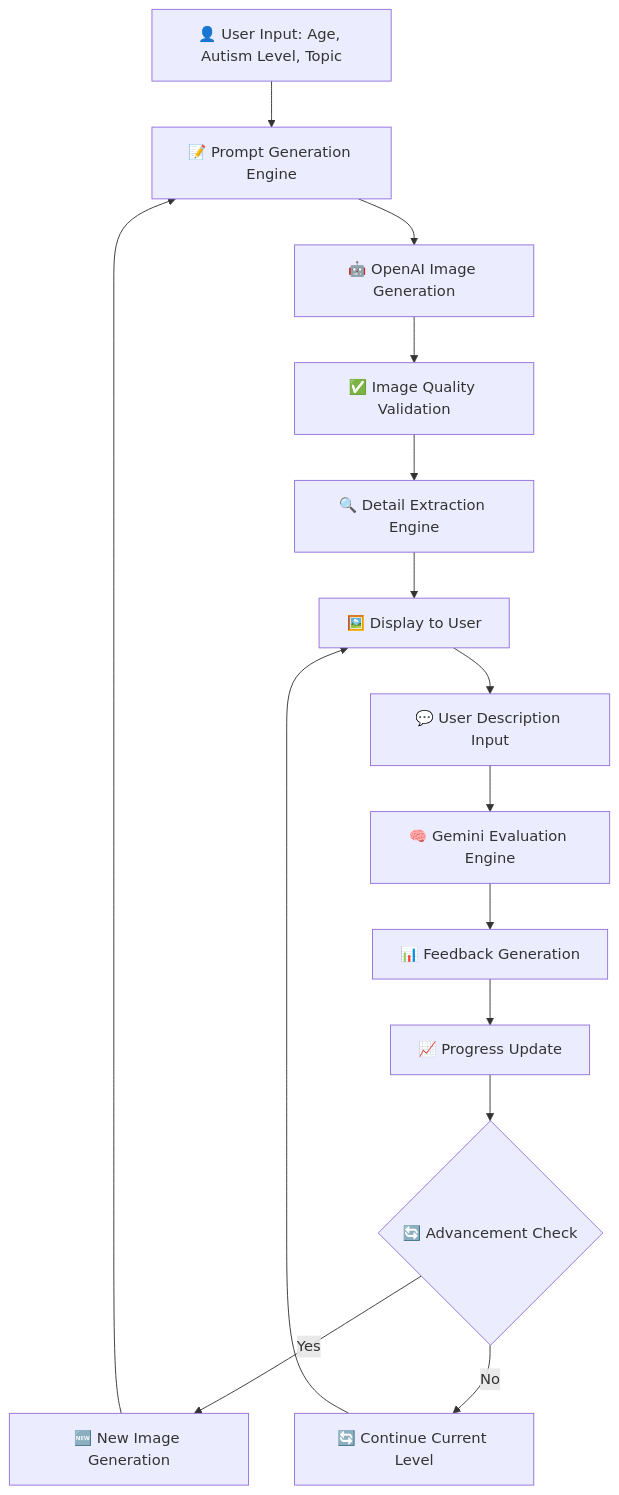
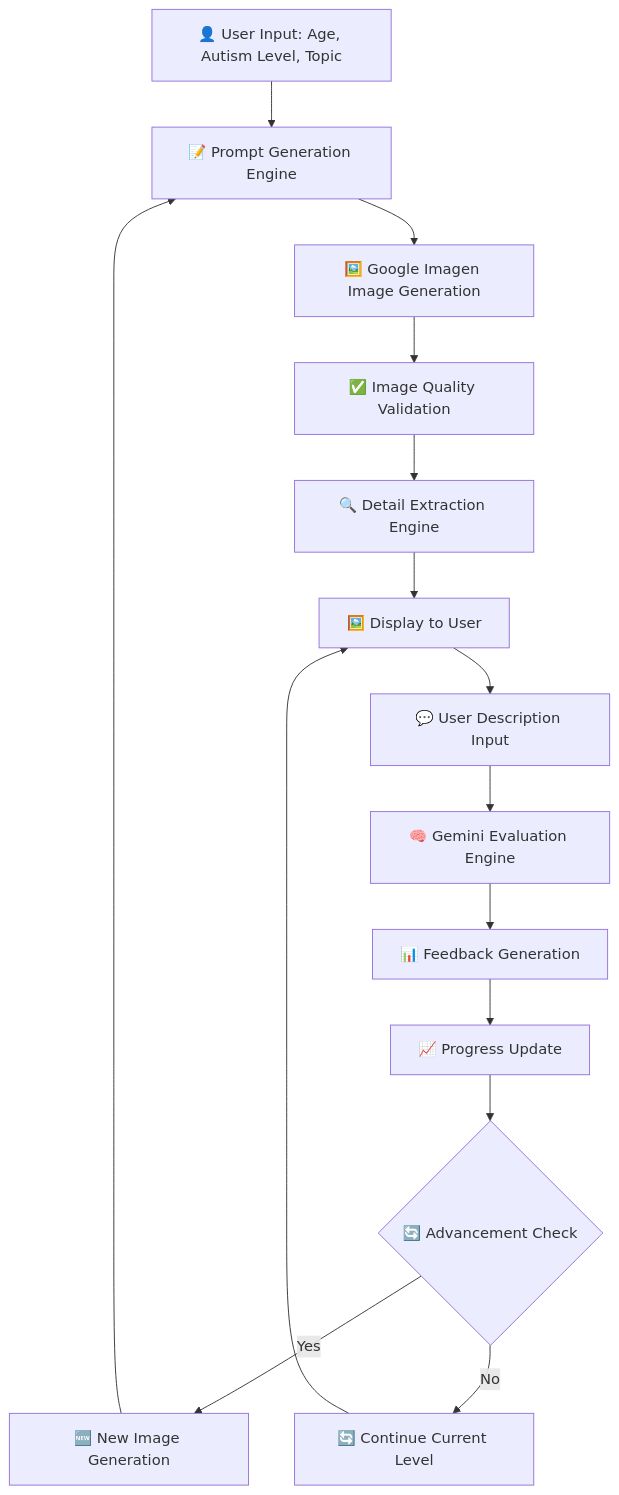
One commit to Ammar-Alnagar/VisoLearn changed the first of 2 diagrams in docs/technical-architecture.md. Above: the diagram before and after it, drawn with Mermaid. The commit also changed other lines of this file and 16 other files, not shown here.

````diff
--- a/docs/technical-architecture.md
+++ b/docs/technical-architecture.md
@@ -144,17 +213,17 @@
 ```mermaid
 graph TD
     A[👤 User Input: Age, Autism Level, Topic] --> B[📝 Prompt Generation Engine]
-    B --> C[🤖 OpenAI Image Generation]
+    B --> C[🖼️ Google Imagen Image Generation]
     C --> D[✅ Image Quality Validation]
     D --> E[🔍 Detail Extraction Engine]
     E --> F[🖼️ Display to User]
     F --> G[💬 User Description Input]
     G --> H[🧠 Gemini Evaluation Engine]
     H --> I[📊 Feedback Generation]
     I --> J[📈 Progress Update]
     J --> K{🔄 Advancement Check}
     K -->|Yes| L[🆕 New Image Generation]
     K -->|No| M[🔄 Continue Current Level]
     L --> B
     M --> F
 ```
````
